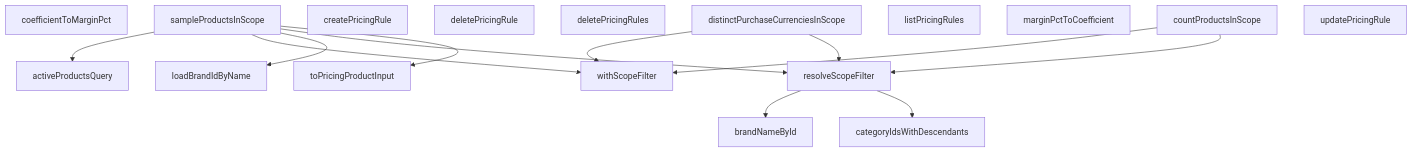
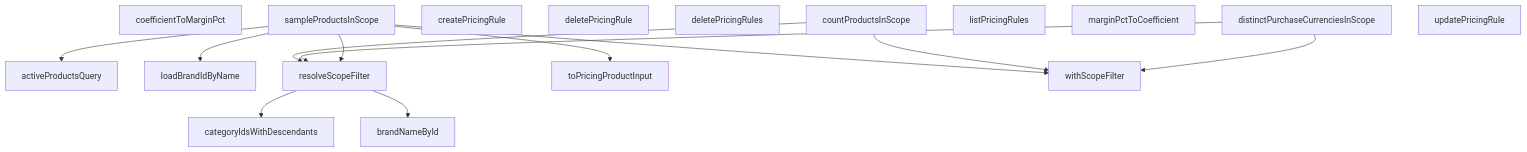
The diagram in src/lib/services/pricingAdmin.service.md (peckop/venthub-hvac-esite), drawn with Mermaid before and after one commit. The commit also changed other lines of this file and 189 other files, not shown here.

````diff
--- a/src/lib/services/pricingAdmin.service.md
+++ b/src/lib/services/pricingAdmin.service.md
@@ -436,31 +333,31 @@
 ```mermaid
 graph TD
     pricingAdmin_service_ts__activeProductsQuery["activeProductsQuery"]
     pricingAdmin_service_ts__brandNameById["brandNameById"]
     pricingAdmin_service_ts__categoryIdsWithDescendants["categoryIdsWithDescendants"]
     pricingAdmin_service_ts__coefficientToMarginPct["coefficientToMarginPct"]
     pricingAdmin_service_ts__countProductsInScope["countProductsInScope"]
     pricingAdmin_service_ts__createPricingRule["createPricingRule"]
     pricingAdmin_service_ts__deletePricingRule["deletePricingRule"]
     pricingAdmin_service_ts__deletePricingRules["deletePricingRules"]
     pricingAdmin_service_ts__distinctPurchaseCurrenciesInScope["distinctPurchaseCurrenciesInScope"]
     pricingAdmin_service_ts__listPricingRules["listPricingRules"]
     pricingAdmin_service_ts__loadBrandIdByName["loadBrandIdByName"]
     pricingAdmin_service_ts__marginPctToCoefficient["marginPctToCoefficient"]
     pricingAdmin_service_ts__resolveScopeFilter["resolveScopeFilter"]
     pricingAdmin_service_ts__sampleProductsInScope["sampleProductsInScope"]
     pricingAdmin_service_ts__toPricingProductInput["toPricingProductInput"]
     pricingAdmin_service_ts__updatePricingRule["updatePricingRule"]
     pricingAdmin_service_ts__withScopeFilter["withScopeFilter"]
+    pricingAdmin_service_ts__countProductsInScope --> pricingAdmin_service_ts__resolveScopeFilter
+    pricingAdmin_service_ts__distinctPurchaseCurrenciesInScope --> pricingAdmin_service_ts__resolveScopeFilter
+    pricingAdmin_service_ts__resolveScopeFilter --> pricingAdmin_service_ts__categoryIdsWithDescendants
+    pricingAdmin_service_ts__sampleProductsInScope --> pricingAdmin_service_ts__withScopeFilter
+    pricingAdmin_service_ts__countProductsInScope --> pricingAdmin_service_ts__withScopeFilter
+    pricingAdmin_service_ts__sampleProductsInScope --> pricingAdmin_service_ts__toPricingProductInput
+    pricingAdmin_service_ts__distinctPurchaseCurrenciesInScope --> pricingAdmin_service_ts__withScopeFilter
     pricingAdmin_service_ts__sampleProductsInScope --> pricingAdmin_service_ts__activeProductsQuery
-    pricingAdmin_service_ts__distinctPurchaseCurrenciesInScope --> pricingAdmin_service_ts__withScopeFilter
-    pricingAdmin_service_ts__sampleProductsInScope --> pricingAdmin_service_ts__withScopeFilter
     pricingAdmin_service_ts__sampleProductsInScope --> pricingAdmin_service_ts__loadBrandIdByName
-    pricingAdmin_service_ts__distinctPurchaseCurrenciesInScope --> pricingAdmin_service_ts__resolveScopeFilter
     pricingAdmin_service_ts__resolveScopeFilter --> pricingAdmin_service_ts__brandNameById
-    pricingAdmin_service_ts__countProductsInScope --> pricingAdmin_service_ts__withScopeFilter
     pricingAdmin_service_ts__sampleProductsInScope --> pricingAdmin_service_ts__resolveScopeFilter
-    pricingAdmin_service_ts__sampleProductsInScope --> pricingAdmin_service_ts__toPricingProductInput
-    pricingAdmin_service_ts__countProductsInScope --> pricingAdmin_service_ts__resolveScopeFilter
-    pricingAdmin_service_ts__resolveScopeFilter --> pricingAdmin_service_ts__categoryIdsWithDescendants
 ```
````
